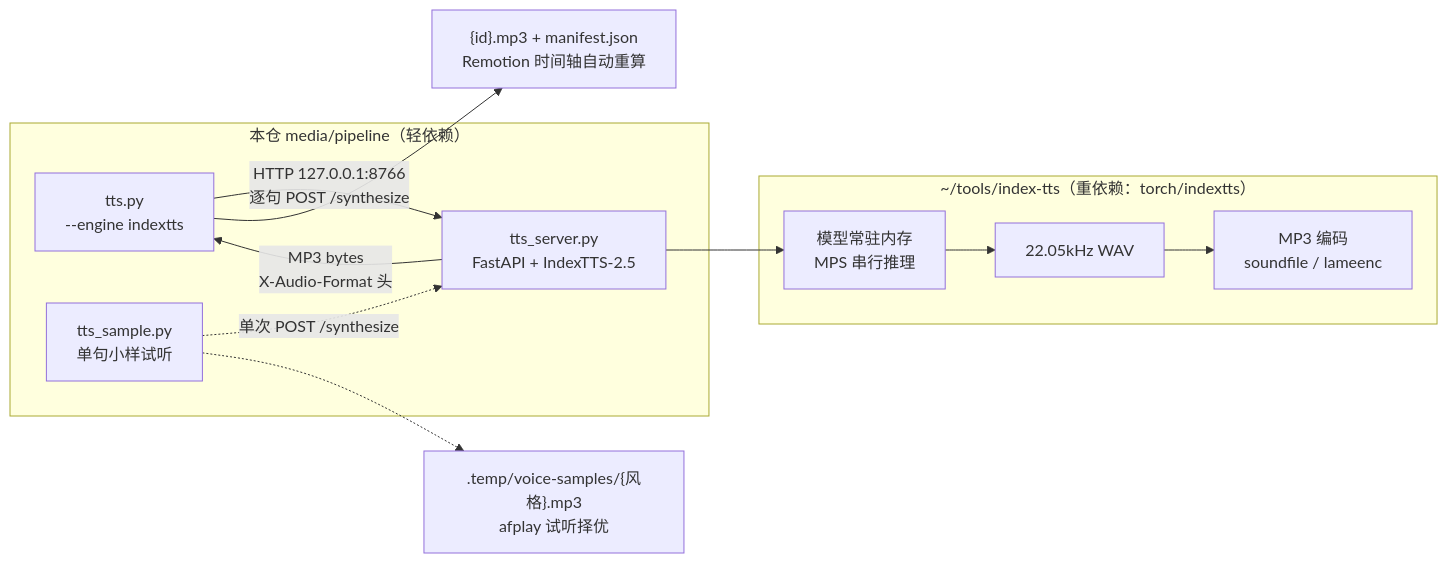
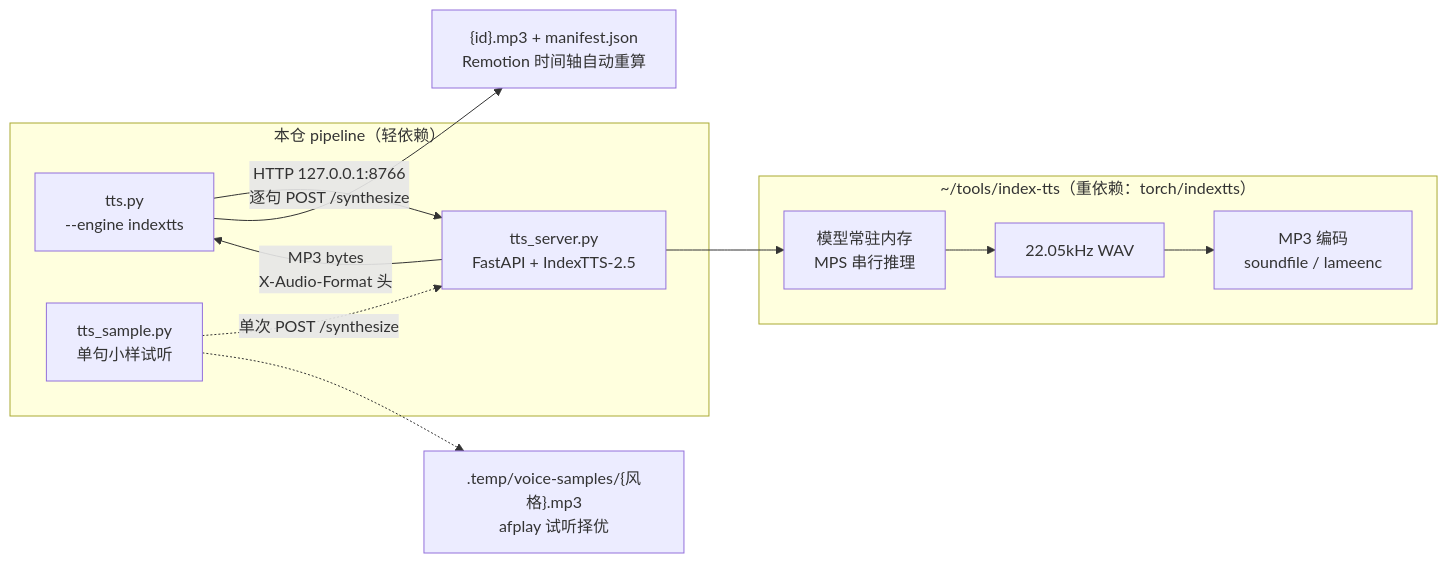
One commit to ThreeFish-AI/negentropy changed the diagram in apps/negentropy-influence/pipeline/VOICE-CLONING.md. Above: the diagram before and after it, drawn with Mermaid. The commit also changed other lines of this file and 72 other files, not shown here.

````diff
--- a/apps/negentropy-influence/pipeline/VOICE-CLONING.md
+++ b/apps/negentropy-influence/pipeline/VOICE-CLONING.md
@@ -25,15 +25,15 @@
 ```mermaid
 flowchart LR
-    subgraph 管线侧["本仓 media/pipeline（轻依赖）"]
+    subgraph 管线侧["本仓 pipeline（轻依赖）"]
         A["tts.py<br/>--engine indextts"] -->|"HTTP 127.0.0.1:8766<br/>逐句 POST /synthesize"| B
         S["tts_sample.py<br/>单句小样试听"] -.->|"单次 POST /synthesize"| B
     end
     subgraph 推理侧["~/tools/index-tts（重依赖：torch/indextts）"]
         B["tts_server.py<br/>FastAPI + IndexTTS-2.5"] --> C["模型常驻内存<br/>MPS 串行推理"]
         C --> D["22.05kHz WAV"]
         D --> E["MP3 编码<br/>soundfile / lameenc"]
     end
     B -->|"MP3 bytes<br/>X-Audio-Format 头"| A
     A --> F["{id}.mp3 + manifest.json<br/>Remotion 时间轴自动重算"]
     S -.-> G[".temp/voice-samples/{风格}.mp3<br/>afplay 试听择优"]
 ```
````
